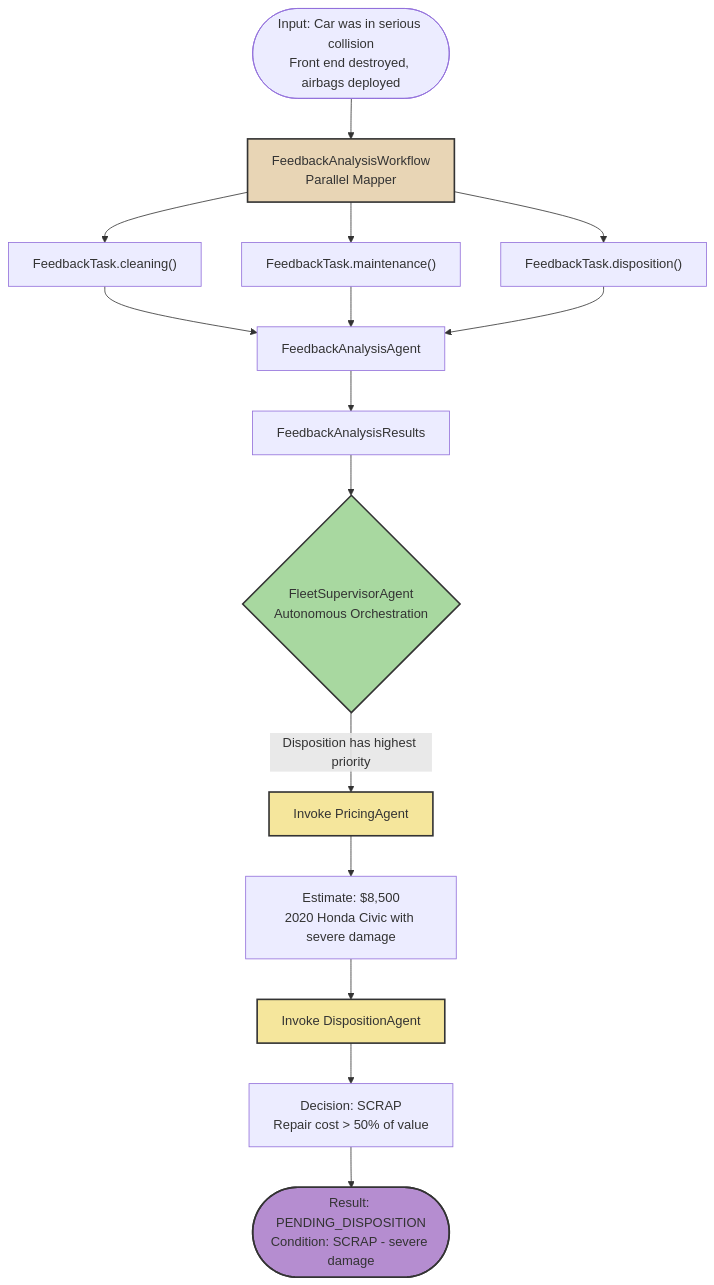
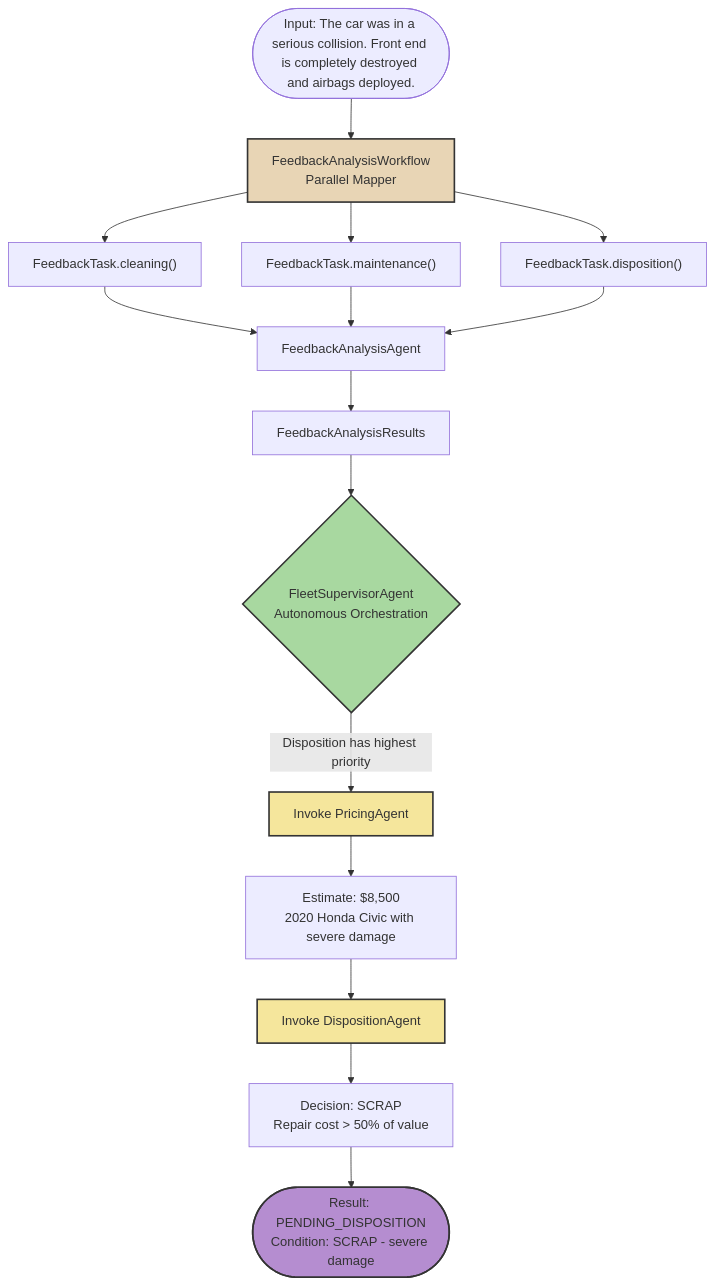
The second of 5 diagrams in docs/docs/section-2/step-04.md (quarkusio/quarkus-workshop-langchain4j), drawn with Mermaid before and after one commit. The commit also changed other lines of this file, not shown here.

````diff
--- a/docs/docs/section-2/step-04.md
+++ b/docs/docs/section-2/step-04.md
@@ -456,26 +461,26 @@
 ```mermaid
 flowchart TD
-    Start(["Input: Car was in serious collision<br/>Front end destroyed, airbags deployed"])
+    Start(["Input: The car was in a serious collision. Front end is completely destroyed and airbags deployed."])
 
     Start --> FW["FeedbackAnalysisWorkflow<br/>Parallel Mapper"]
     FW --> T1["FeedbackTask.cleaning()"]
     FW --> T2["FeedbackTask.maintenance()"]
     FW --> T3["FeedbackTask.disposition()"]
     T1 --> A1["FeedbackAnalysisAgent"]
     T2 --> A1
     T3 --> A1
     A1 --> Results["FeedbackAnalysisResults"]
 
     Results --> FSA{"FleetSupervisorAgent<br/>Autonomous Orchestration"}
     FSA -->|"Disposition has highest priority"| PA["Invoke PricingAgent"]
     PA --> PV["Estimate: $8,500<br/>2020 Honda Civic with severe damage"]
     PV --> DA["Invoke DispositionAgent"]
     DA --> DD["Decision: SCRAP<br/>Repair cost > 50% of value"]
     DD --> Result(["Result: PENDING_DISPOSITION<br/>Condition: SCRAP - severe damage"])
 
     style FW fill:#e8d5b5,stroke:#333,stroke-width:2,color:#333
     style FSA fill:#a8d8a0,stroke:#333,stroke-width:2,color:#333
     style PA fill:#f5e69c,stroke:#333,stroke-width:2,color:#333
     style DA fill:#f5e69c,stroke:#333,stroke-width:2,color:#333
     style Result fill:#b58dd0,stroke:#333,stroke-width:2,color:#333
 ```
````
